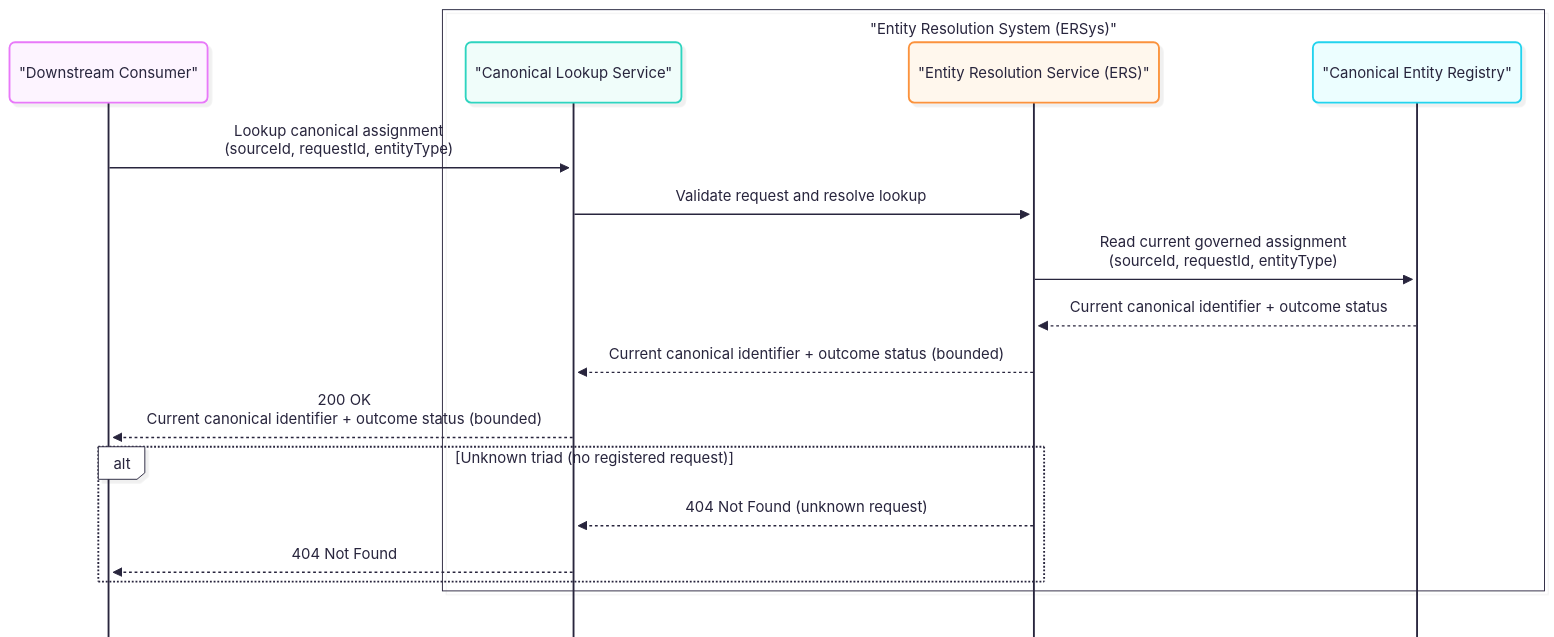
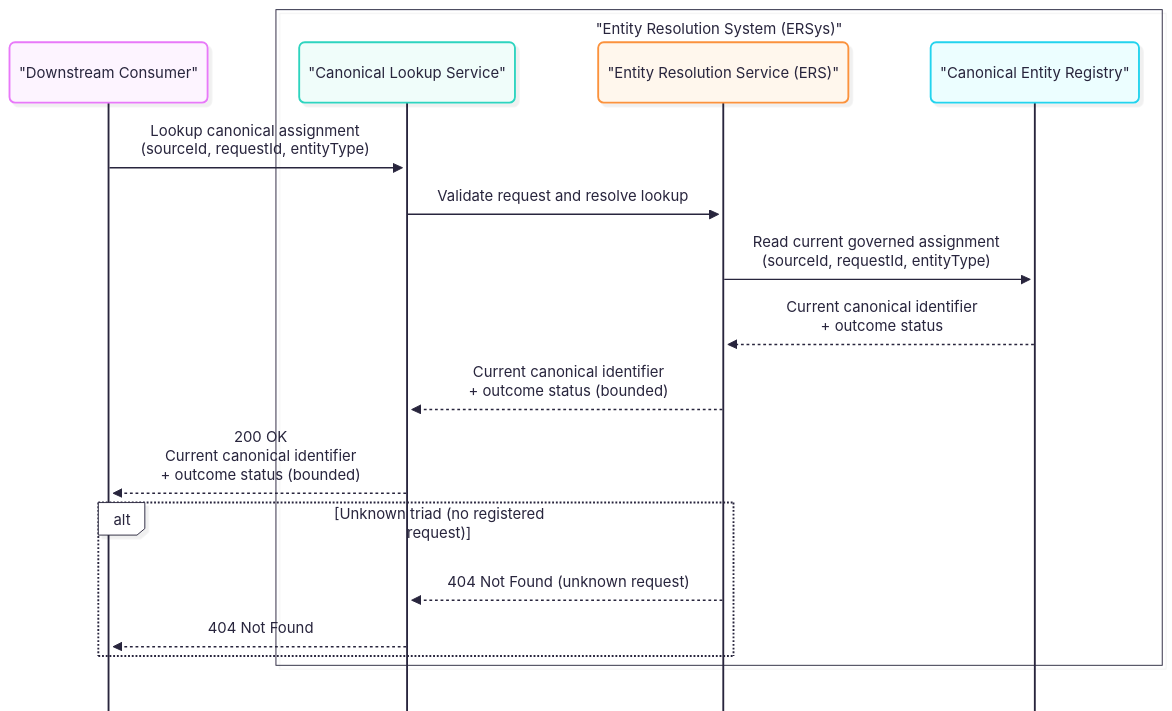
The diagram in docs/architecture/spine-C-Lookup.mmd (OP-TED/entity-resolution-spec), drawn with Mermaid before and after one commit. The commit also changed 3 other files, not shown here.

Commit message:
created the spine diagrams for section 8

```diff
--- a/docs/architecture/spine-C-Lookup.mmd
+++ b/docs/architecture/spine-C-Lookup.mmd
@@ -1,35 +1,35 @@
 ---
 config:
   look: neo
   theme: redux-color
   mirrorActors: false
   sequence:
     bottomMarginAdj: 0.1
 ---
 sequenceDiagram
 %% Maps to EA diagram: UML Sequence (Spine C)
 %% Purpose: read-only lookup of the current governed canonical assignment.
 %% Focus: triad correlation, projection semantics, bounded response, no side effects.
 %% Excludes: resolution triggering, ERE/messaging, curation, rebuild, and detailed persistence mechanics.
 
 participant DownstreamConsumer as "Downstream Consumer"
 
 box "Entity Resolution System (ERSys)"
     participant CanonicalLookup as "Canonical Lookup Service"
     participant ERS as "Entity Resolution Service (ERS)"
     participant CanonicalRegistry as "Canonical Entity Registry"
 end
 
 DownstreamConsumer ->> CanonicalLookup: Lookup canonical assignment<br/>(sourceId, requestId, entityType)
 CanonicalLookup ->> ERS: Validate request and resolve lookup
 ERS ->> CanonicalRegistry: Read current governed assignment<br/>(sourceId, requestId, entityType)
-CanonicalRegistry -->> ERS: Current canonical identifier + outcome status
-ERS -->> CanonicalLookup: Current canonical identifier + outcome status (bounded)
-CanonicalLookup -->> DownstreamConsumer: 200 OK<br/>Current canonical identifier + outcome status (bounded)
+CanonicalRegistry -->> ERS: Current canonical identifier<br/> + outcome status
+ERS -->> CanonicalLookup: Current canonical identifier <br/> + outcome status (bounded)
+CanonicalLookup -->> DownstreamConsumer: 200 OK<br/>Current canonical identifier <br/> + outcome status (bounded)
 
 alt Unknown triad (no registered request)
     ERS -->> CanonicalLookup: 404 Not Found (unknown request)
     CanonicalLookup -->> DownstreamConsumer: 404 Not Found
 end
 
 %%note right of CanonicalLookup: Lookup is strictly read-only and does not trigger (re-)resolution.<br>The returned canonical identifier is stable.<br> The assignment may evolve over time due to asynchronous processing, curation, or rebuild.
```
